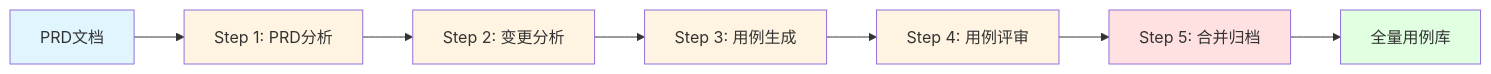
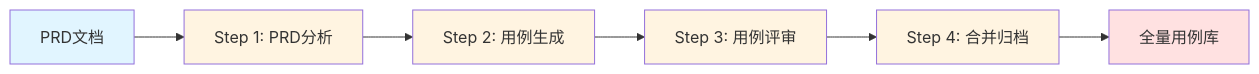
One commit to run-noob/qa-testcase-workflow changed the diagram in README.md. Above: the diagram before and after it, drawn with Mermaid. The commit also changed other lines of this file and 5 other files, not shown here.

````diff
--- a/README.md
+++ b/README.md
@@ -94,17 +70,15 @@
 ```mermaid
 graph LR
     A[PRD文档] --> B[Step 1: PRD分析]
-    B --> C[Step 2: 变更分析]
-    C --> D[Step 3: 用例生成]
-    D --> E[Step 4: 用例评审]
-    E --> F[Step 5: 合并归档]
-    F --> G[全量用例库]
+    B --> C[Step 2: 用例生成]
+    C --> D[Step 3: 用例评审]
+    D --> E[Step 4: 合并归档]
+    E --> F[全量用例库]
 
     style A fill:#e1f5ff
     style B fill:#fff4e1
     style C fill:#fff4e1
     style D fill:#fff4e1
     style E fill:#fff4e1
     style F fill:#ffe1e1
-    style G fill:#e1ffe1
 ```
````
